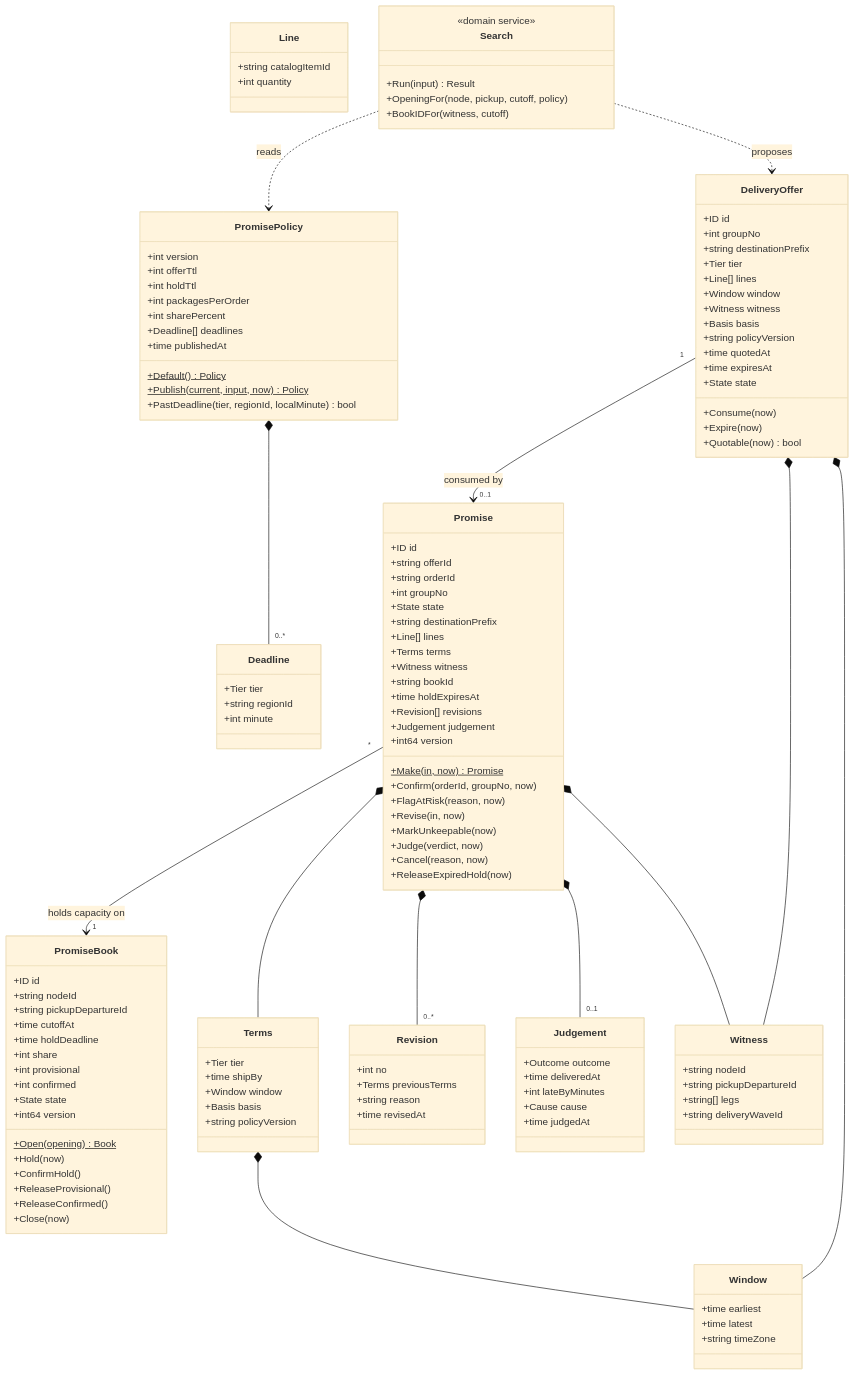
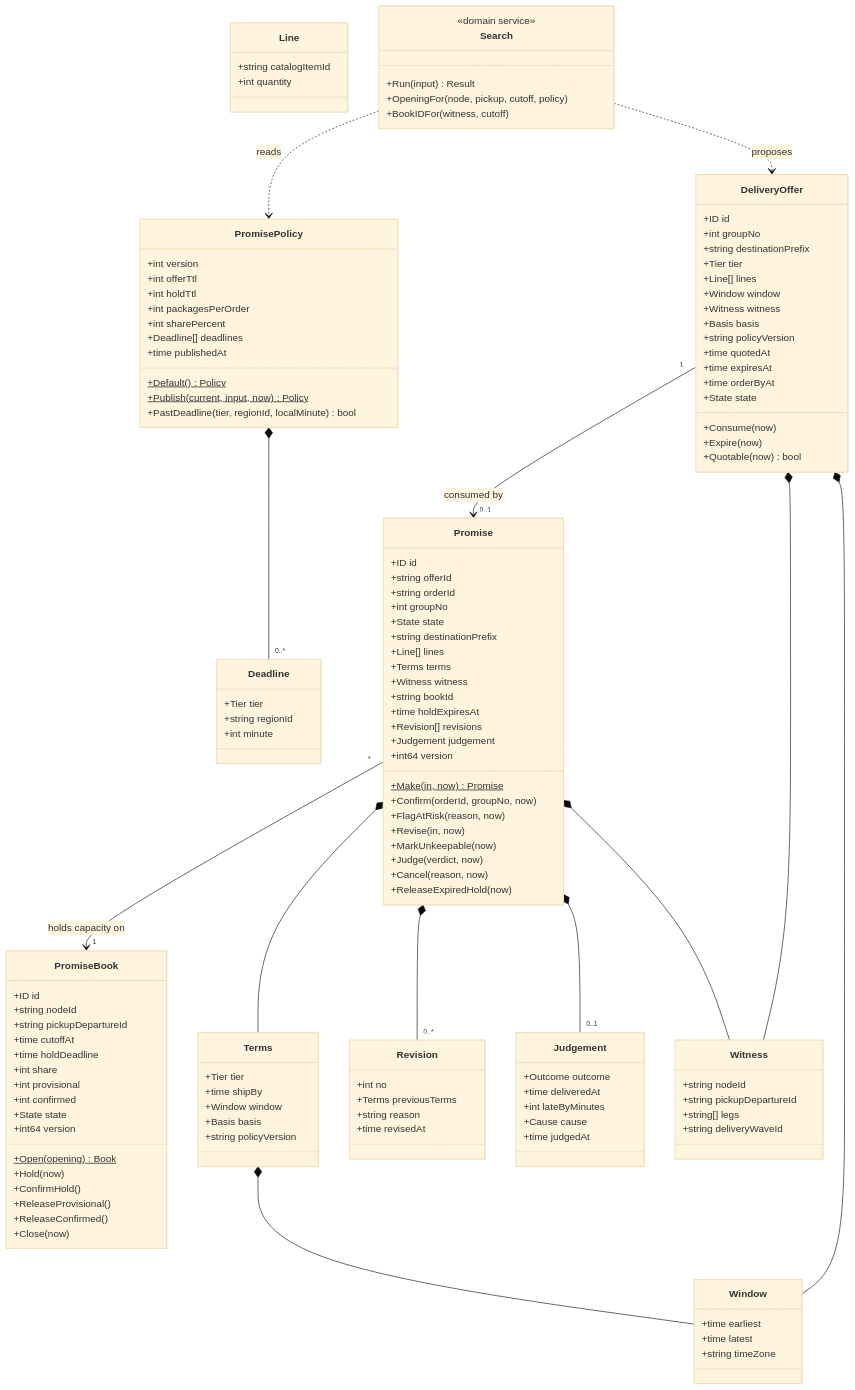
The first of 2 diagrams in docs/docs/ddd/class-diagram.md (IQVO/delivery-promise), drawn with Mermaid (base theme) before and after one commit. The commit also changed 9 other files, not shown here.

```diff
--- a/docs/docs/ddd/class-diagram.md
+++ b/docs/docs/ddd/class-diagram.md
@@ -25,6 +25,7 @@
     +string policyVersion
     +time quotedAt
     +time expiresAt
+    +time orderByAt
     +State state
     +Consume(now)
     +Expire(now)
```
